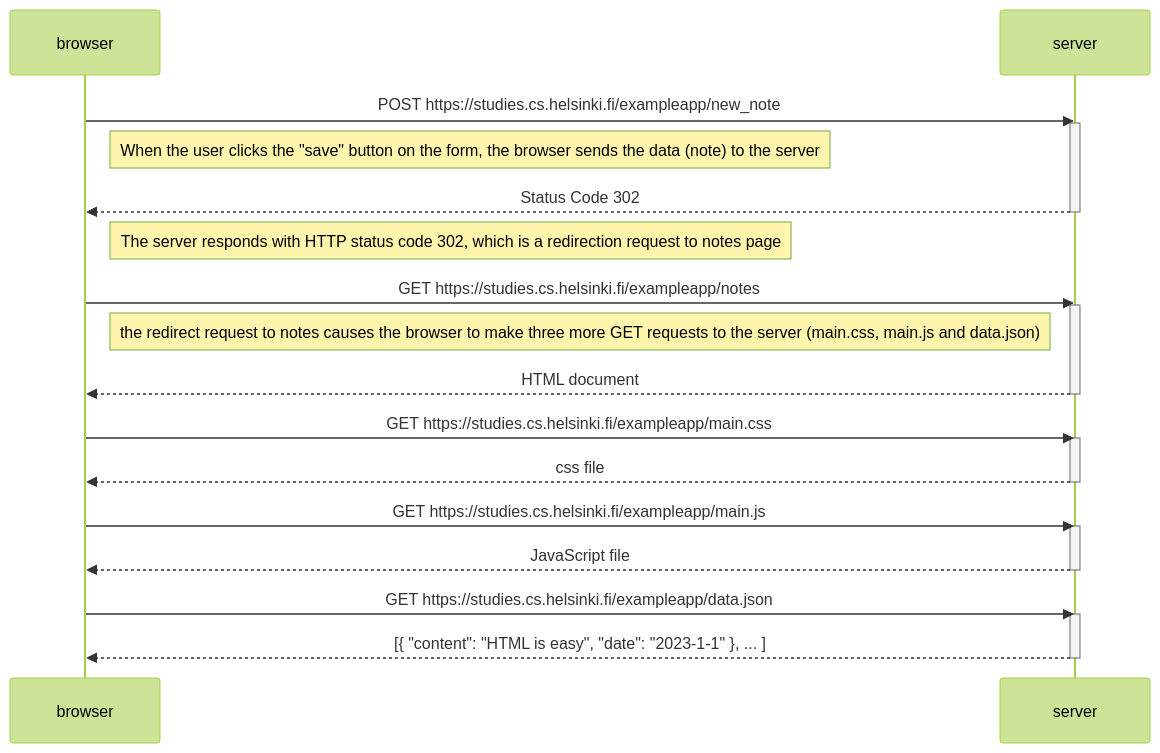
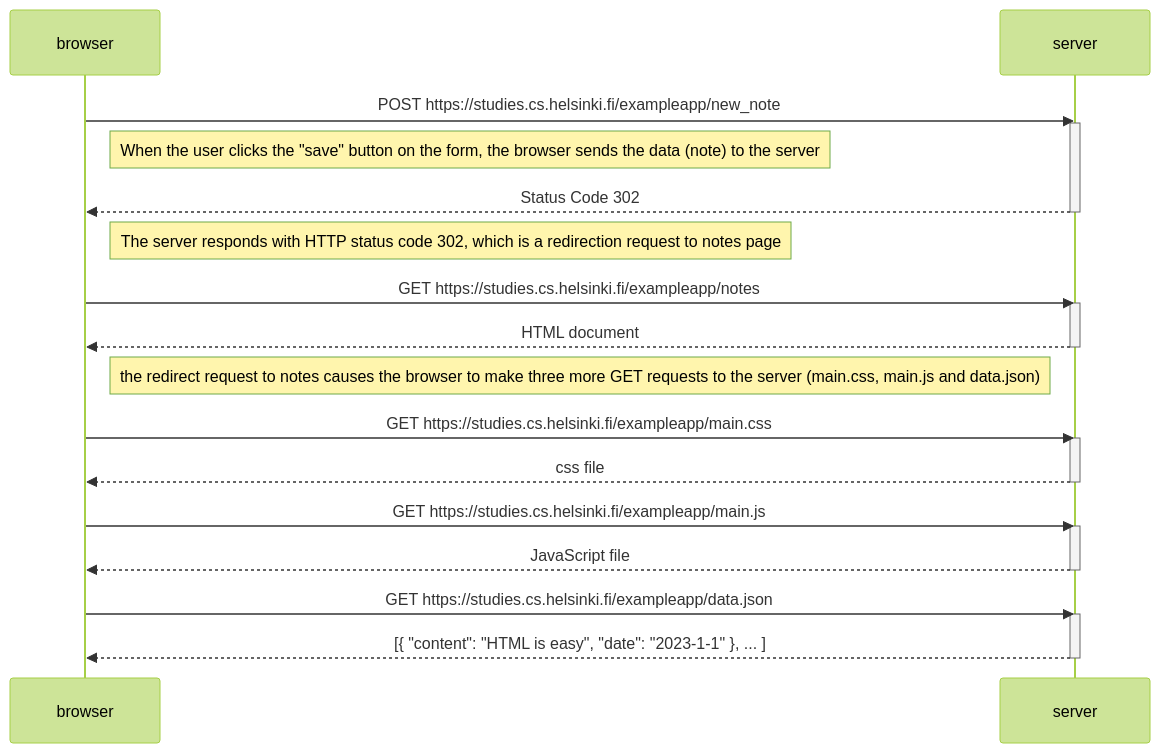
Before and after one commit to kirsikkahiltunen/Fullstack_palautusrepositorio: the diagram in osa0/0.4_uusi_muistiinpano.md, drawn with Mermaid (forest theme). The commit also changed other lines of this file, not shown here.

````diff
--- a/osa0/0.4_uusi_muistiinpano.md
+++ b/osa0/0.4_uusi_muistiinpano.md
@@ -1,39 +1,39 @@
 ```mermaid
 sequenceDiagram
 
     participant browser
     participant server
 
     browser->>server: POST https://studies.cs.helsinki.fi/exampleapp/new_note
     activate server
 
     Note right of browser: When the user clicks the "save" button on the form, the browser sends the data (note) to the server
 
     server-->>browser: Status Code 302
     deactivate server
 
     Note right of browser: The server responds with HTTP status code 302, which is a redirection request to notes page
     
     browser->>server: GET https://studies.cs.helsinki.fi/exampleapp/notes
     activate server
 
-    Note right of browser: the redirect request to notes causes the browser to make three more GET requests to the server (main.css, main.js and data.json)
-
     server-->>browser: HTML document
     deactivate server
+
+    Note right of browser: the redirect request to notes causes the browser to make three more GET requests to the server (main.css, main.js and data.json)
     
     browser->>server: GET https://studies.cs.helsinki.fi/exampleapp/main.css
     activate server
     server-->>browser: css file
     deactivate server
     
     browser->>server: GET https://studies.cs.helsinki.fi/exampleapp/main.js
     activate server
     server-->>browser: JavaScript file
     deactivate server
     
     browser->>server: GET https://studies.cs.helsinki.fi/exampleapp/data.json
     activate server
     server-->>browser: [{ "content": "HTML is easy", "date": "2023-1-1" }, ... ]
     deactivate server
 ```
````
